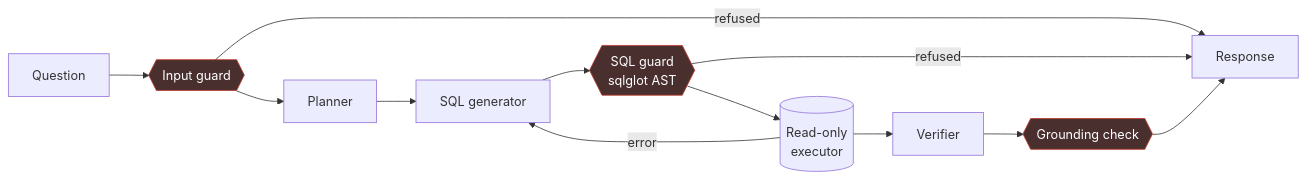
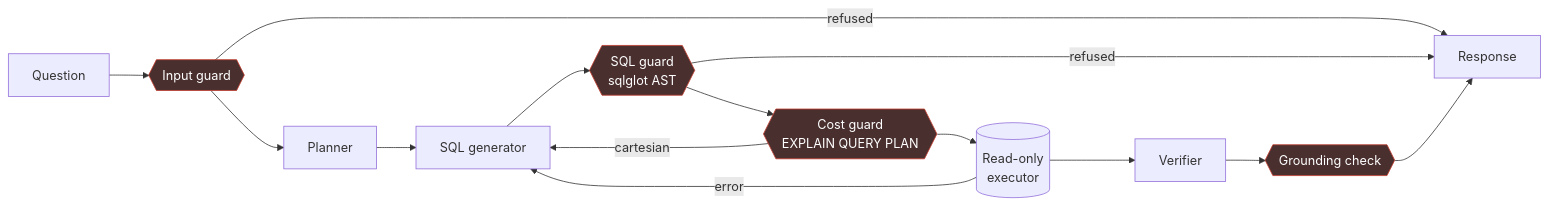
The diagram in README.md (Kowshik096/textsql-agent), drawn with Mermaid before and after one commit. The commit also changed other lines of this file, not shown here.

First line of the commit message:
docs: document PLANNER=auto router results and the cost guard layer (#1)

````diff
--- a/README.md
+++ b/README.md
@@ -40,18 +40,21 @@
 ```mermaid
 flowchart LR
     Q[Question] --> IG{{Input guard}}
     IG -->|refused| OUT[Response]
     IG --> P[Planner]
     P --> G[SQL generator]
     G --> SG{{SQL guard<br/>sqlglot AST}}
     SG -->|refused| OUT
-    SG --> EX[(Read-only<br/>executor)]
+    SG --> CG{{Cost guard<br/>EXPLAIN QUERY PLAN}}
+    CG -->|cartesian| G
+    CG --> EX[(Read-only<br/>executor)]
     EX -->|error| G
     EX --> V[Verifier]
     V --> OG{{Grounding check}}
     OG --> OUT
 
     style IG fill:#4a2f2f,stroke:#c0392b,color:#fff
     style SG fill:#4a2f2f,stroke:#c0392b,color:#fff
+    style CG fill:#4a2f2f,stroke:#c0392b,color:#fff
     style OG fill:#4a2f2f,stroke:#c0392b,color:#fff
 ```
````
